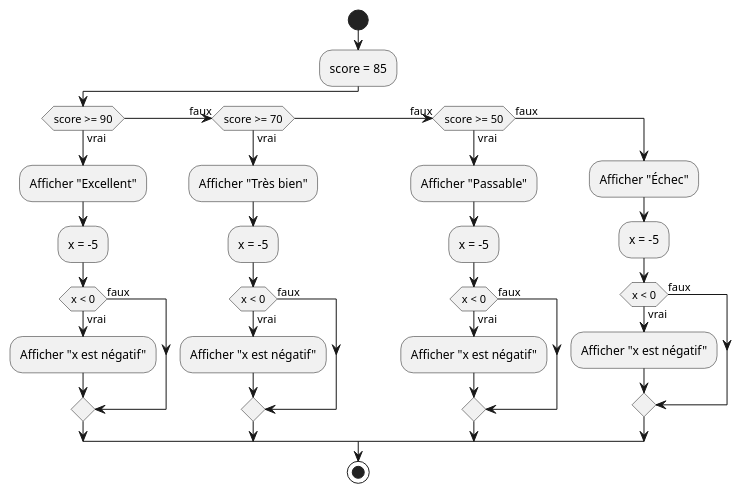
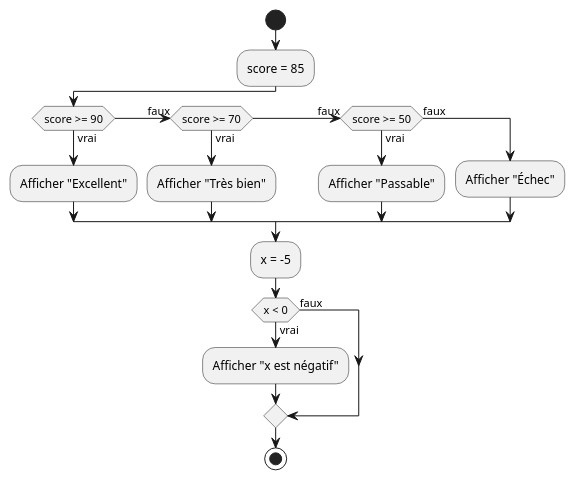
Before and after one commit to profdenis/dralgo: the diagram in examples/algo/puml/02_conditions.puml, drawn with PlantUML. The commit also changed 35 other files, not shown here.

```diff
--- a/examples/algo/puml/02_conditions.puml
+++ b/examples/algo/puml/02_conditions.puml
@@ -1,34 +1,19 @@
 @startuml
 start
 :score = 85;
 if (score >= 90) then (vrai)
 :Afficher "Excellent";
+(faux) elseif (score >= 70) then (vrai)
+:Afficher "Très bien";
+(faux) elseif (score >= 50) then (vrai)
+:Afficher "Passable";
+else (faux)
+:Afficher "Échec";
+endif
 :x = -5;
 if (x < 0) then (vrai)
 :Afficher "x est négatif";
 else (faux)
 endif
-(faux) elseif (score >= 70) then (vrai)
-:Afficher "Très bien";
-:x = -5;
-if (x < 0) then (vrai)
-:Afficher "x est négatif";
-else (faux)
-endif
-(faux) elseif (score >= 50) then (vrai)
-:Afficher "Passable";
-:x = -5;
-if (x < 0) then (vrai)
-:Afficher "x est négatif";
-else (faux)
-endif
-else (faux)
-:Afficher "Échec";
-:x = -5;
-if (x < 0) then (vrai)
-:Afficher "x est négatif";
-else (faux)
-endif
-endif
 stop
 @enduml
```
